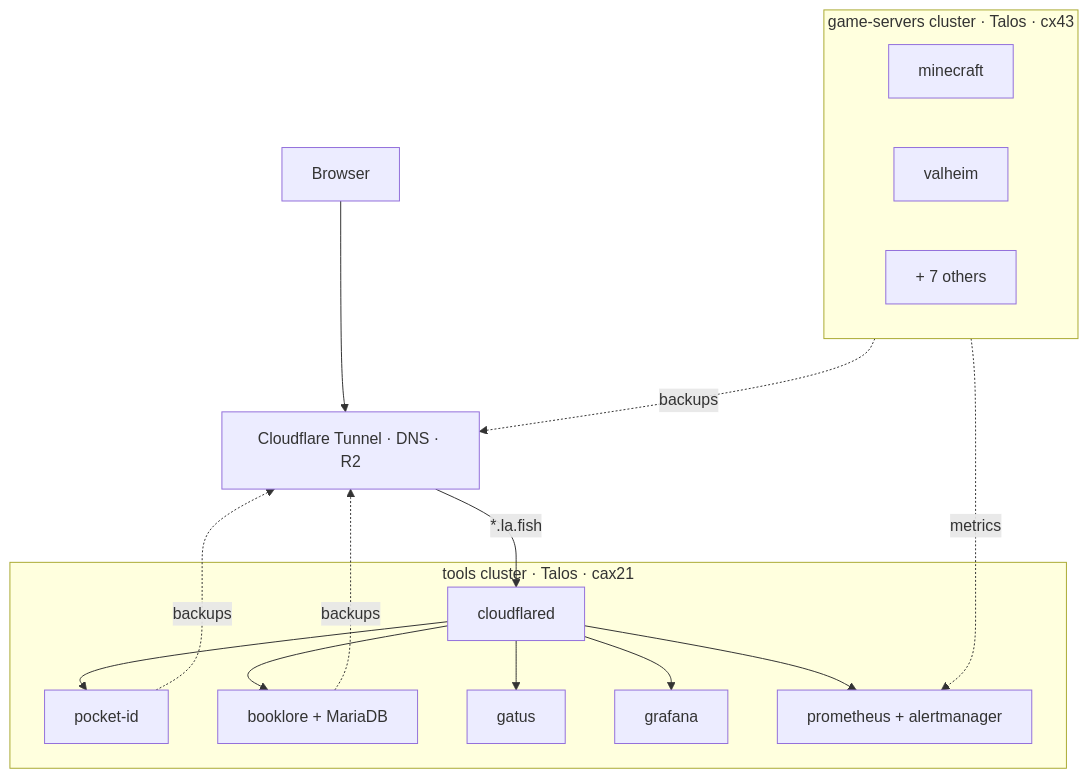
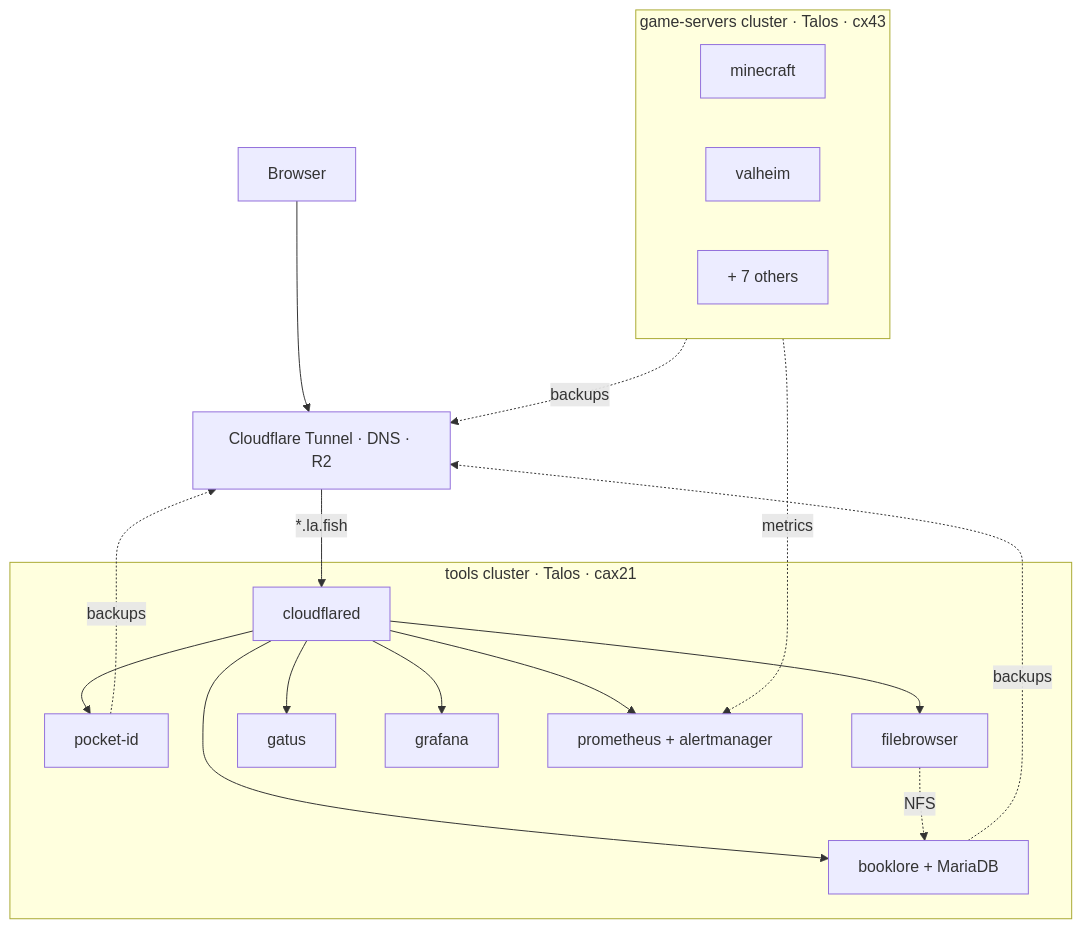
The diagram in README.md (idarlafish/homelab), drawn with Mermaid before and after one commit. The commit also changed other lines of this file, not shown here.

First line of the commit message:
docs(readme): add filebrowser to architecture and apps list

````diff
--- a/README.md
+++ b/README.md
@@ -11,24 +11,26 @@
 ```mermaid
 flowchart TD
     Browser --> CF[Cloudflare Tunnel · DNS · R2]
 
     subgraph TOOLS[tools cluster · Talos · cax21]
         CFD[cloudflared] --> PID[pocket-id]
         CFD --> BL[booklore + MariaDB]
+        CFD --> FB[filebrowser]
         CFD --> GTS[gatus]
         CFD --> GRF[grafana]
         CFD --> PRM[prometheus + alertmanager]
+        FB -. NFS .-> BL
     end
 
     subgraph GAMES[game-servers cluster · Talos · cx43]
         MC[minecraft]
         VH[valheim]
         OTH[+ 7 others]
     end
 
     CF -->|*.la.fish| CFD
     GAMES -. metrics .-> PRM
     BL -. backups .-> CF
     PID -. backups .-> CF
     GAMES -. backups .-> CF
 ```
````
